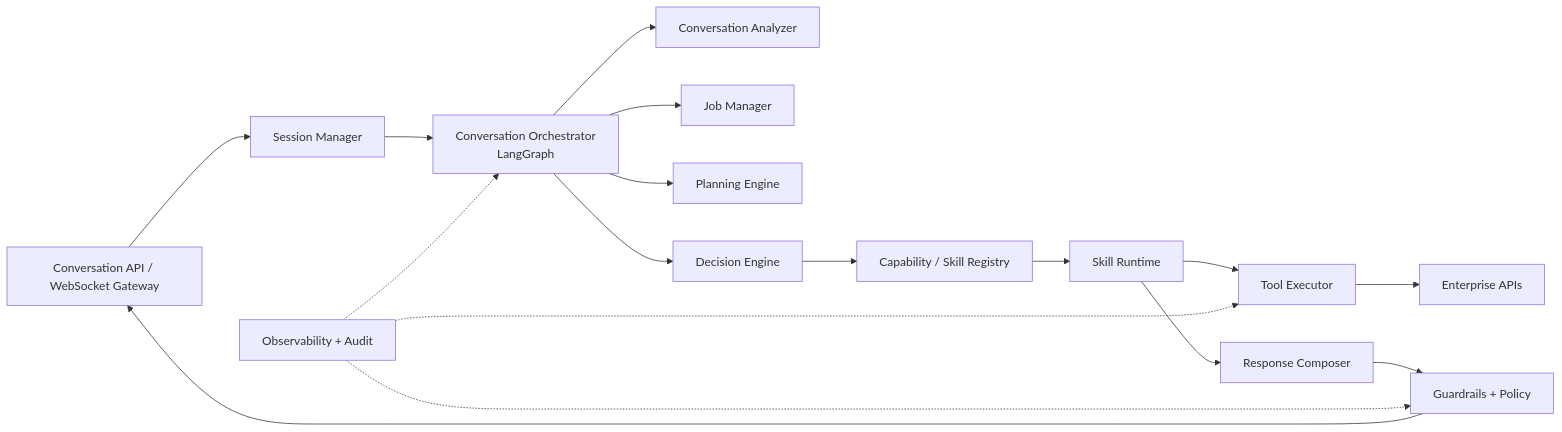
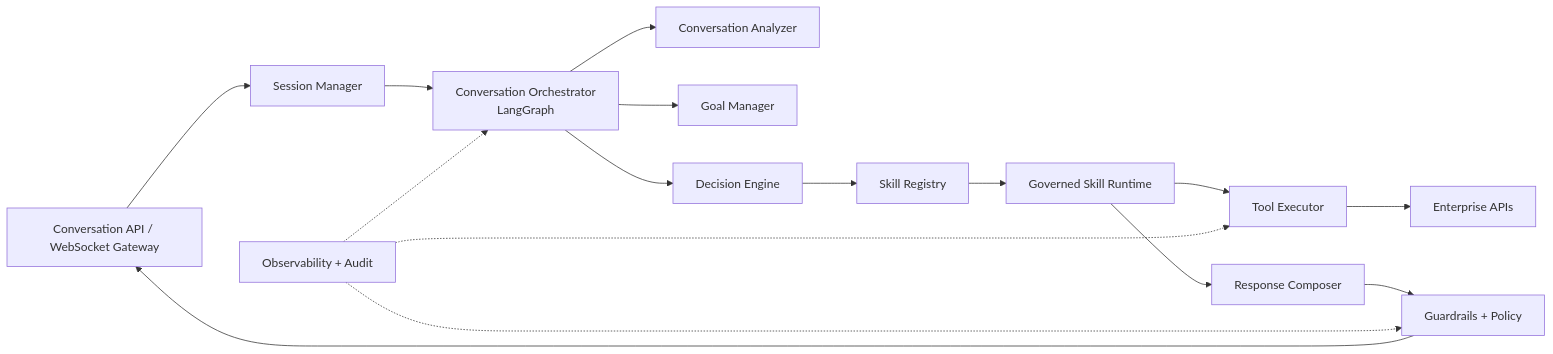
One commit to bhochhi/nexus changed the fourth of 14 diagrams in docs/Agentic_Chat_Architecture_Deck.md. Above: the diagram before and after it, drawn with Mermaid. The commit also changed other lines of this file, not shown here.

Commit message:
refactor: update terminology from jobs to goals in architecture deck

````diff
--- a/docs/Agentic_Chat_Architecture_Deck.md
+++ b/docs/Agentic_Chat_Architecture_Deck.md
@@ -135,23 +136,22 @@
 ```mermaid
 flowchart LR
     API[Conversation API / WebSocket Gateway] --> SM[Session Manager]
     SM --> ORCH[Conversation Orchestrator\nLangGraph]
 
     ORCH --> CA[Conversation Analyzer]
-    ORCH --> JM[Job Manager]
-    ORCH --> PE[Planning Engine]
+    ORCH --> GM[Goal Manager]
     ORCH --> DE[Decision Engine]
 
-    DE --> SR[Capability / Skill Registry]
-    SR --> RT[Skill Runtime]
+    DE --> SR[Skill Registry]
+    SR --> RT[Governed Skill Runtime]
     RT --> TE[Tool Executor]
     TE --> ENT[Enterprise APIs]
 
     RT --> RC[Response Composer]
     RC --> GR[Guardrails + Policy]
     GR --> API
 
     OBS[Observability + Audit] -.-> ORCH
     OBS -.-> TE
     OBS -.-> GR
 ```
````
